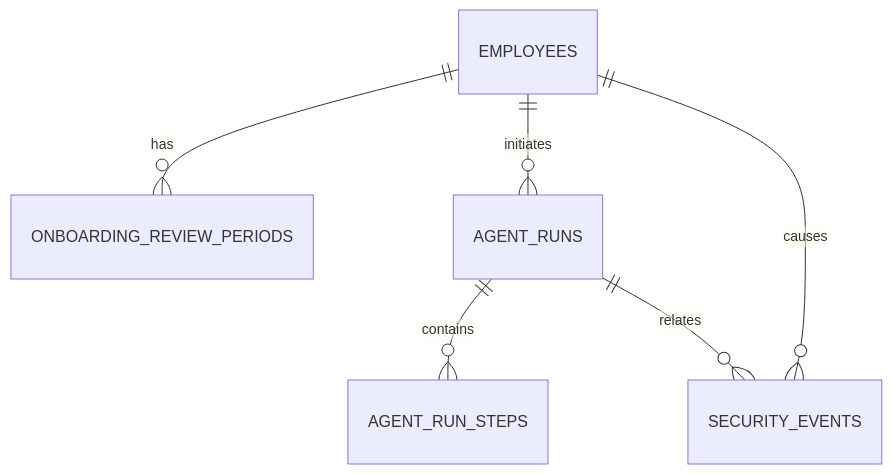
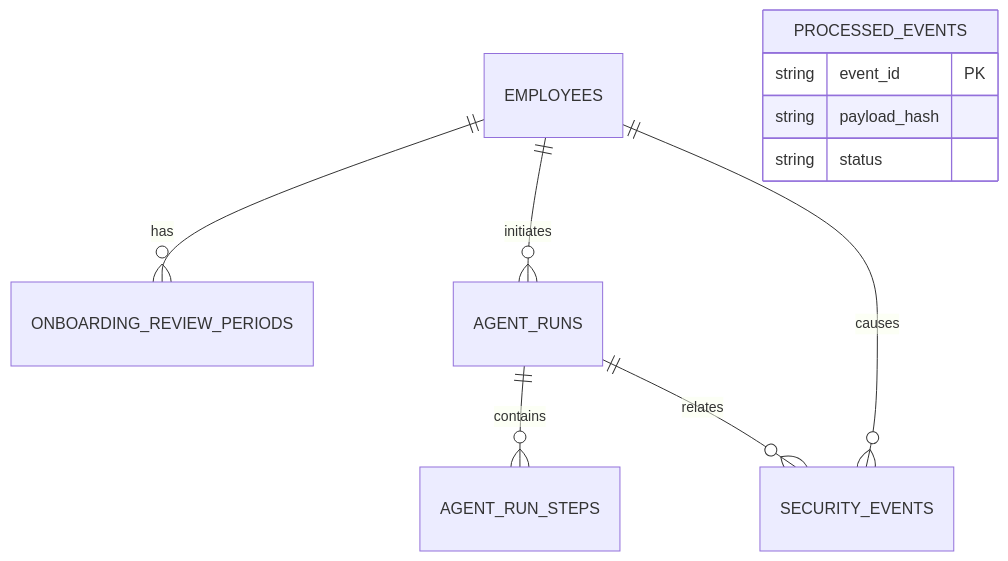
Before and after one commit to ramioooz/hcm-agentic-llmops: the third of 3 diagrams in README.md, drawn with Mermaid. The commit also changed other lines of this file and 45 other files, not shown here.

````diff
--- a/README.md
+++ b/README.md
@@ -153,8 +153,13 @@
 ```mermaid
 erDiagram
 EMPLOYEES ||--o{ ONBOARDING_REVIEW_PERIODS : has
 EMPLOYEES ||--o{ AGENT_RUNS : initiates
 AGENT_RUNS ||--o{ AGENT_RUN_STEPS : contains
 AGENT_RUNS ||--o{ SECURITY_EVENTS : relates
 EMPLOYEES ||--o{ SECURITY_EVENTS : causes
+PROCESSED_EVENTS {
+  string event_id PK
+  string payload_hash
+  string status
+}
 ```
````
